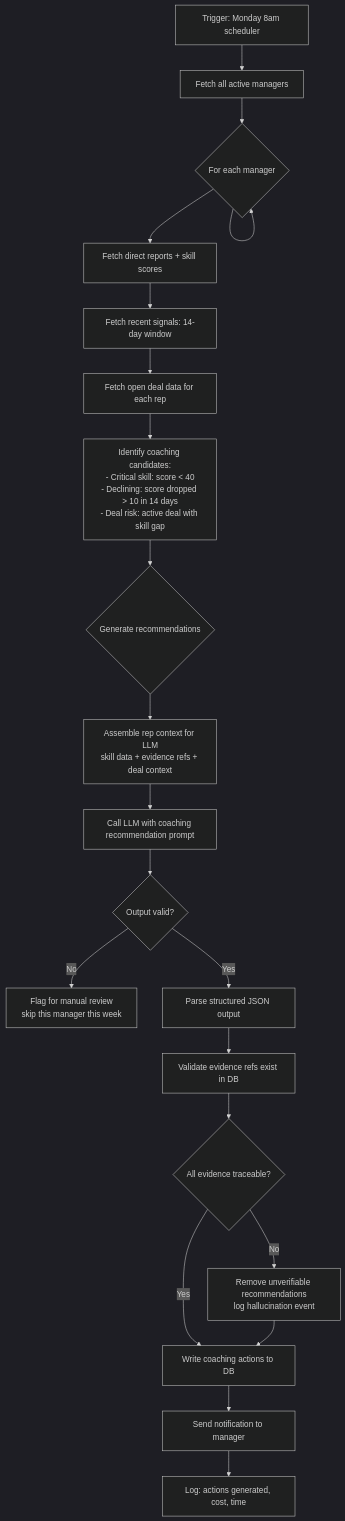
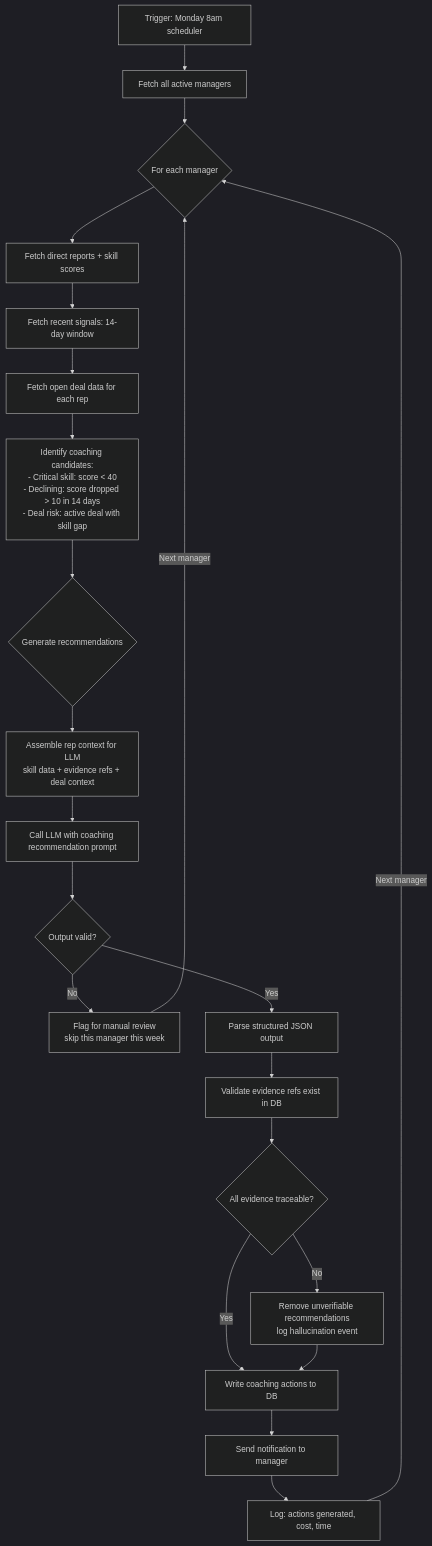
One commit to siddharthjaiswal1993-spec/revenue-readiness-os changed the third of 4 diagrams in diagrams/agent-workflows.md. Above: the diagram before and after it, drawn with Mermaid (dark theme).

Commit message:
Fix broken self-loop in Coaching Recommendation Agent diagram
Remove B --> B self-loop on decision node which Mermaid cannot render.
Replace with R --> B and K --> B to correctly show per-manager iteration.

````diff
--- a/diagrams/agent-workflows.md
+++ b/diagrams/agent-workflows.md
@@ -96,33 +96,34 @@
 ```mermaid
 flowchart TD
     START[Trigger: Monday 8am scheduler] --> A[Fetch all active managers]
 
     A --> B{For each manager}
 
     B --> C[Fetch direct reports + skill scores]
     C --> D[Fetch recent signals: 14-day window]
     D --> E[Fetch open deal data for each rep]
 
     E --> F[Identify coaching candidates:<br/>- Critical skill: score < 40<br/>- Declining: score dropped > 10 in 14 days<br/>- Deal risk: active deal with skill gap]
 
     F --> G{Generate recommendations}
 
     G --> H[Assemble rep context for LLM<br/>skill data + evidence refs + deal context]
     H --> I[Call LLM with coaching recommendation prompt]
     I --> J{Output valid?}
 
     J -->|No| K[Flag for manual review<br/>skip this manager this week]
     J -->|Yes| L[Parse structured JSON output]
 
     L --> M[Validate evidence refs exist in DB]
     M --> N{All evidence traceable?}
 
     N -->|No| O[Remove unverifiable recommendations<br/>log hallucination event]
     N -->|Yes| P[Write coaching actions to DB]
 
     O --> P
     P --> Q[Send notification to manager]
     Q --> R[Log: actions generated, cost, time]
 
-    B --> B
+    K -->|Next manager| B
+    R -->|Next manager| B
 ```
````
